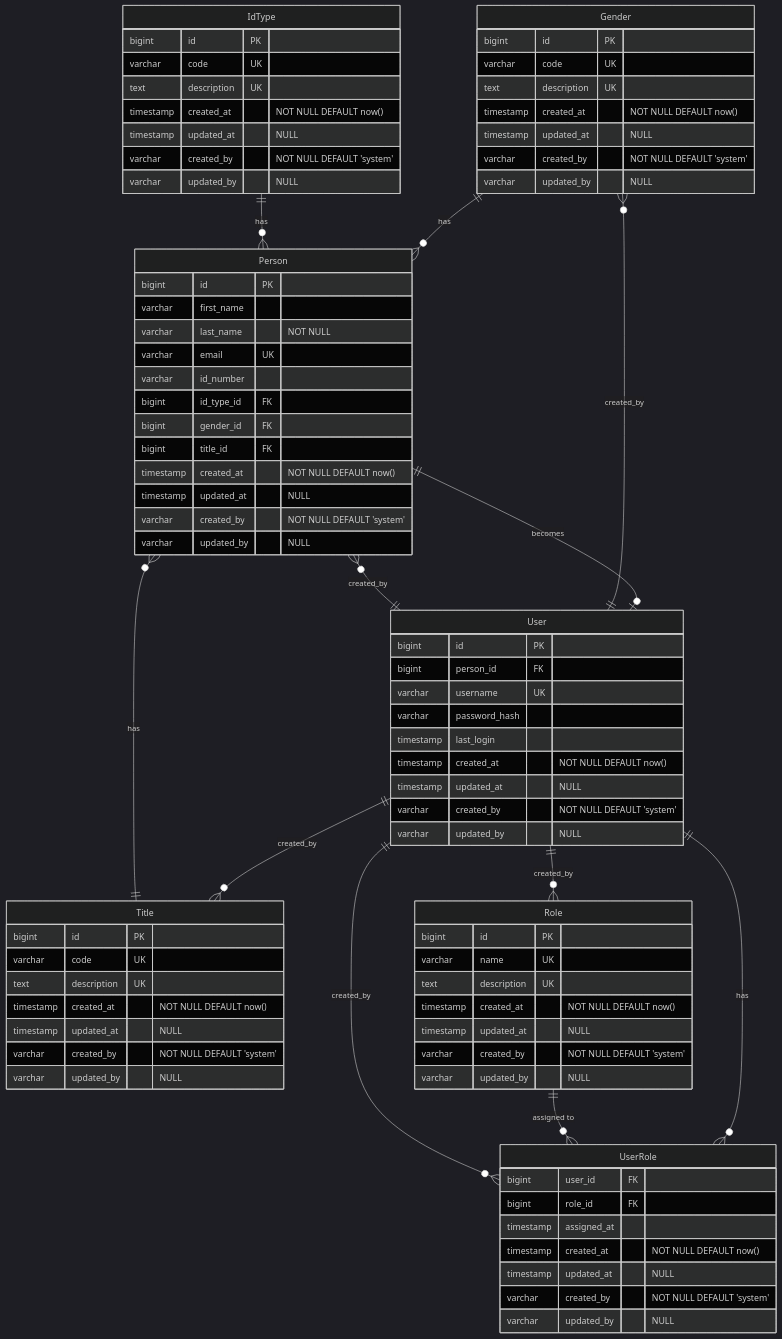
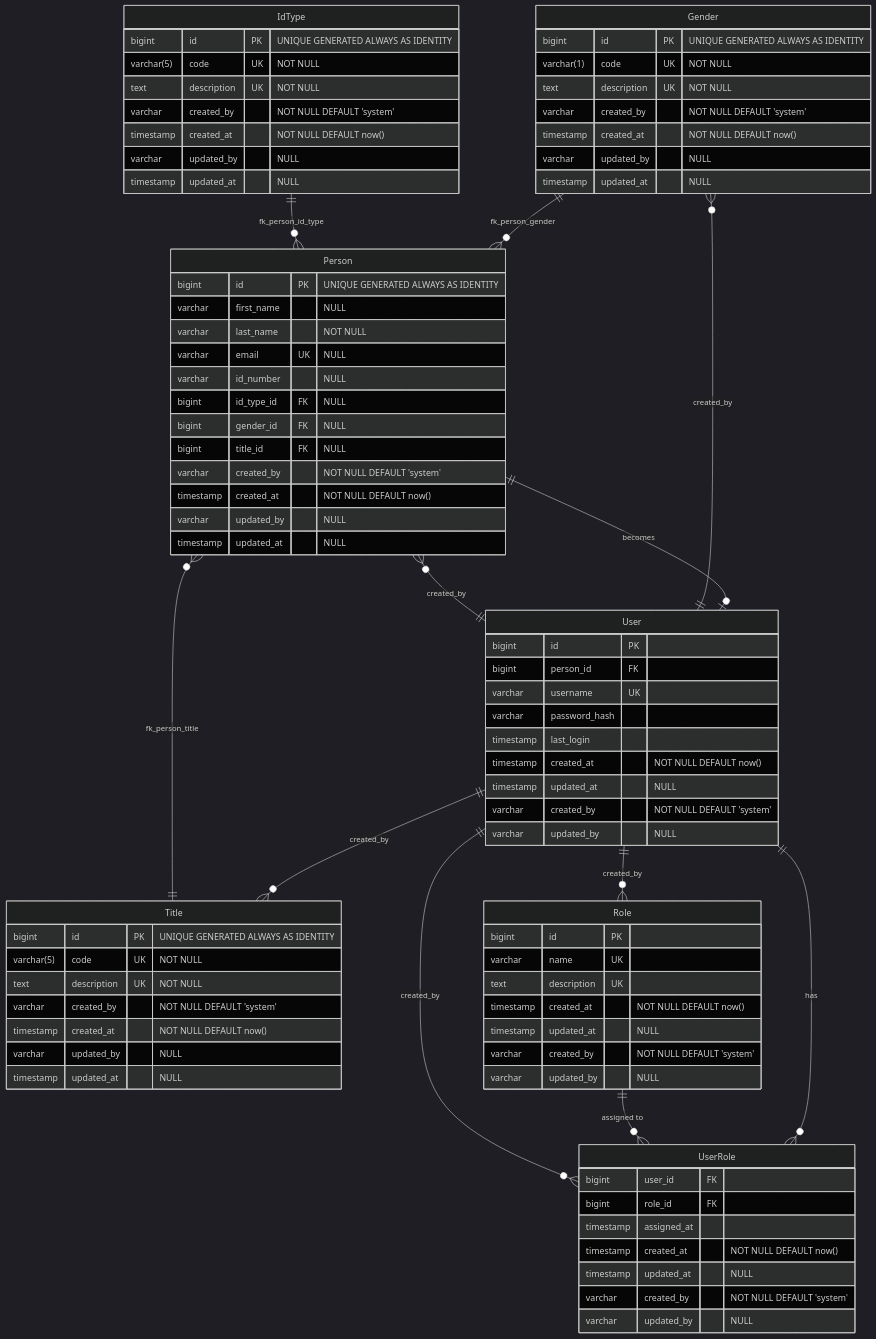
The diagram in CLAUDE.md (GeraldScott/rescaffold), drawn with Mermaid (dark theme) before and after one commit.

Commit message:
Update ERD

````diff
--- a/CLAUDE.md
+++ b/CLAUDE.md
@@ -132,48 +132,48 @@
 ```mermaid
 erDiagram
     Gender {
-        bigint id PK
-        varchar code UK
-        text description UK
+        bigint id PK "UNIQUE GENERATED ALWAYS AS IDENTITY"
+        varchar(1) code UK "NOT NULL"
+        text description UK "NOT NULL"
+        varchar created_by "NOT NULL DEFAULT 'system'"
         timestamp created_at "NOT NULL DEFAULT now()"
+        varchar updated_by "NULL"
         timestamp updated_at "NULL"
-        varchar created_by "NOT NULL DEFAULT 'system'"
-        varchar updated_by "NULL"
     }
     
     Title {
-        bigint id PK
-        varchar code UK
-        text description UK
+        bigint id PK "UNIQUE GENERATED ALWAYS AS IDENTITY"
+        varchar(5) code UK "NOT NULL"
+        text description UK "NOT NULL"
+        varchar created_by "NOT NULL DEFAULT 'system'"
         timestamp created_at "NOT NULL DEFAULT now()"
+        varchar updated_by "NULL"
         timestamp updated_at "NULL"
-        varchar created_by "NOT NULL DEFAULT 'system'"
-        varchar updated_by "NULL"
     }
     
     IdType {
-        bigint id PK
-        varchar code UK
-        text description UK
+        bigint id PK "UNIQUE GENERATED ALWAYS AS IDENTITY"
+        varchar(5) code UK "NOT NULL"
+        text description UK "NOT NULL"
+        varchar created_by "NOT NULL DEFAULT 'system'"
         timestamp created_at "NOT NULL DEFAULT now()"
+        varchar updated_by "NULL"
         timestamp updated_at "NULL"
-        varchar created_by "NOT NULL DEFAULT 'system'"
-        varchar updated_by "NULL"
     }
     
     Person {
-        bigint id PK
-        varchar first_name
+        bigint id PK "UNIQUE GENERATED ALWAYS AS IDENTITY"
+        varchar first_name "NULL"
         varchar last_name "NOT NULL"
-        varchar email UK
-        varchar id_number
-        bigint id_type_id FK
-        bigint gender_id FK
-        bigint title_id FK
+        varchar email UK "NULL"
+        varchar id_number "NULL"
+        bigint id_type_id FK "NULL"
+        bigint gender_id FK "NULL"
+        bigint title_id FK "NULL"
+        varchar created_by "NOT NULL DEFAULT 'system'"
         timestamp created_at "NOT NULL DEFAULT now()"
+        varchar updated_by "NULL"
         timestamp updated_at "NULL"
-        varchar created_by "NOT NULL DEFAULT 'system'"
-        varchar updated_by "NULL"
     }
     
     User {
@@ -208,9 +208,9 @@
         varchar updated_by "NULL"
     }
     
-    Gender ||--o{ Person : "has"
-    Title ||--o{ Person : "has"
-    IdType ||--o{ Person : "has"
+    Gender ||--o{ Person : "fk_person_gender"
+    Title ||--o{ Person : "fk_person_title"
+    IdType ||--o{ Person : "fk_person_id_type"
     Person ||--o| User : "becomes"
     User ||--o{ UserRole : "has"
     Role ||--o{ UserRole : "assigned to"
````
